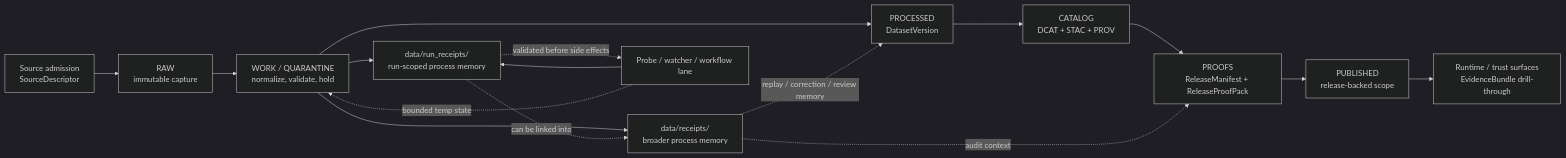
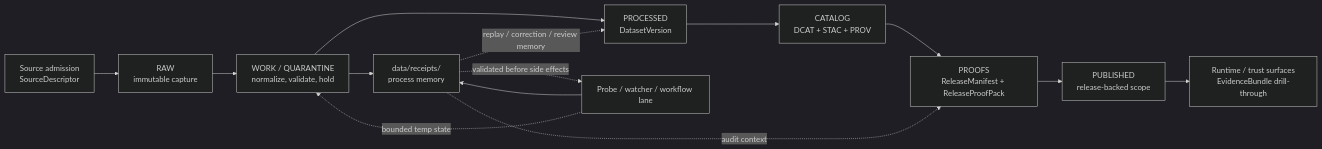
Before and after one commit to bartytime4life/Kansas-Frontier-Matrix: the diagram in data/receipts/README.md, drawn with Mermaid (dark theme). The commit also changed other lines of this file, not shown here.

````diff
--- a/data/receipts/README.md
+++ b/data/receipts/README.md
@@ -461,19 +446,17 @@
 ```mermaid
 flowchart LR
     A[Source admission<br/>SourceDescriptor] --> B[RAW<br/>immutable capture]
     B --> C[WORK / QUARANTINE<br/>normalize, validate, hold]
-    C --> D[data/receipts/<br/>broader process memory]
-    C --> DR[data/run_receipts/<br/>run-scoped process memory]
+    C --> D[data/receipts/<br/>process memory]
     C --> E[PROCESSED<br/>DatasetVersion]
     E --> F[CATALOG<br/>DCAT + STAC + PROV]
     F --> G[PROOFS<br/>ReleaseManifest + ReleaseProofPack]
     G --> H[PUBLISHED<br/>release-backed scope]
     H --> I[Runtime / trust surfaces<br/>EvidenceBundle drill-through]
 
-    J[Probe / watcher / workflow lane] --> DR
+    J[Probe / watcher / workflow lane] --> D
     J -. bounded temp state .-> C
-    DR -. can be linked into .-> D
     D -. replay / correction / review memory .-> E
     D -. audit context .-> G
-    DR -. validated before side effects .-> J
+    D -. validated before side effects .-> J
 ```
````
